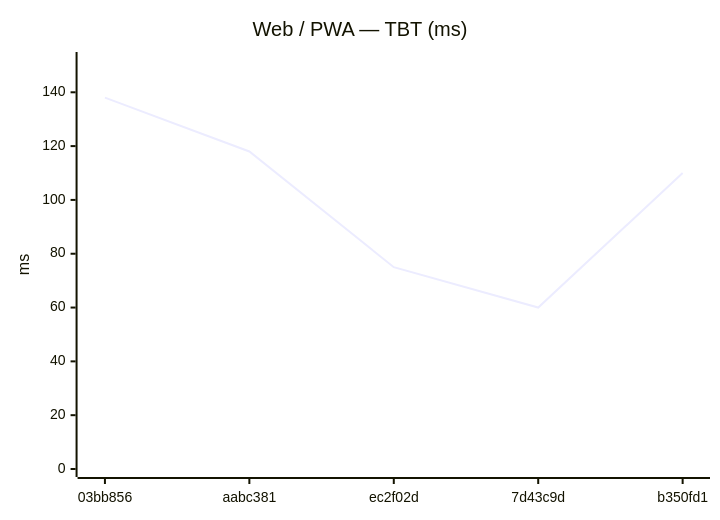
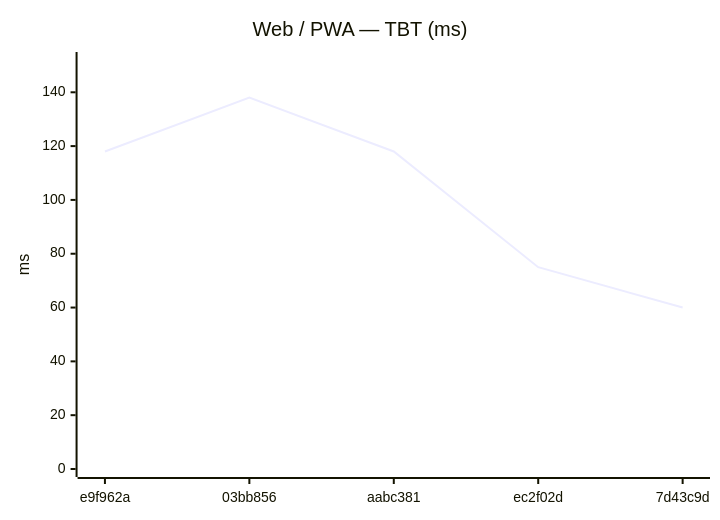
One commit to Metaheurist/Rianell changed the eighth of 18 diagrams in benchmarks/compare.md. Above: the diagram before and after it, drawn with Mermaid. The commit also changed other lines of this file and 11 other files, not shown here.

````diff
--- a/benchmarks/compare.md
+++ b/benchmarks/compare.md
@@ -124,7 +124,7 @@
 ```mermaid
 xychart-beta
     title "Web / PWA — TBT (ms)"
-    x-axis ["03bb856", "aabc381", "ec2f02d", "7d43c9d", "b350fd1"]
+    x-axis ["e9f962a", "03bb856", "aabc381", "ec2f02d", "7d43c9d"]
     y-axis "ms" 0 --> 152
-    line [138, 118, 75, 60, 110]
+    line [118, 138, 118, 75, 60]
 ```
````
